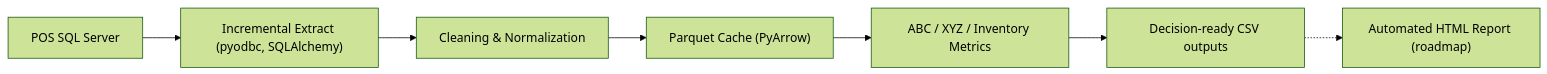
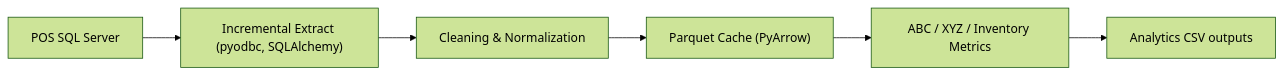
One commit to chengchakkwong/POS-Data-Analytics-Pipeline changed the first of 2 diagrams in README.md. Above: the diagram before and after it, drawn with Mermaid (forest theme). The commit also changed other lines of this file and 1 other file, not shown here.

````diff
--- a/README.md
+++ b/README.md
@@ -62,12 +87,10 @@
 ```mermaid
 flowchart LR
   PosDB["POS SQL Server"]
   Extract["Incremental Extract (pyodbc, SQLAlchemy)"]
   Clean["Cleaning & Normalization"]
   Cache["Parquet Cache (PyArrow)"]
   Metrics["ABC / XYZ / Inventory Metrics"]
-  Outputs["Decision-ready CSV outputs"]
-  Report["Automated HTML Report (roadmap)"]
+  Outputs["Analytics CSV outputs"]
   PosDB --> Extract --> Clean --> Cache --> Metrics --> Outputs
-  Outputs -.-> Report
 ```
````
